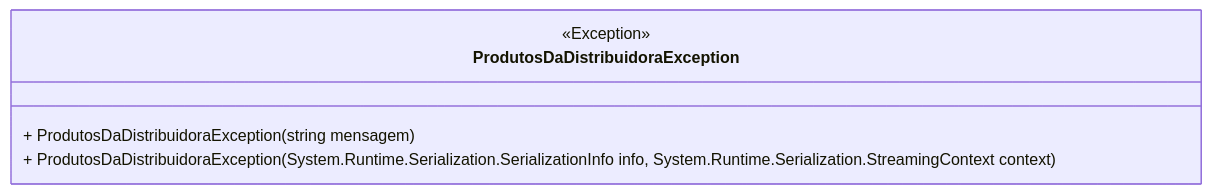
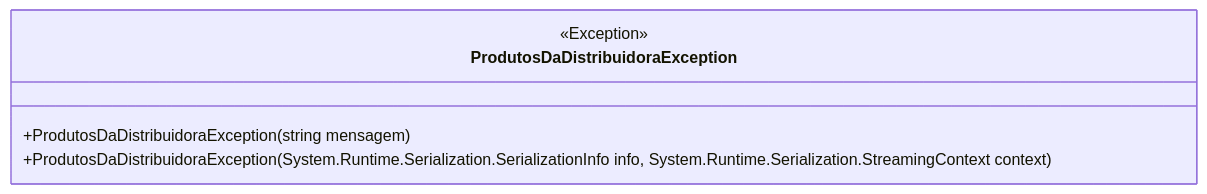
One commit to IsthmusSistemas/documentacao-tecnica changed the diagram in docs/b2b-dominio/IsthmusWinthor.Nucleo/IsthmusWinthor.Dominio/Exceptions/FTP/ProdutosDaDistribuidoraException.md. Above: the diagram before and after it, drawn with Mermaid. The commit also changed other lines of this file and 882 other files, not shown here.

````diff
--- a/docs/b2b-dominio/IsthmusWinthor.Nucleo/IsthmusWinthor.Dominio/Exceptions/FTP/ProdutosDaDistribuidoraException.md
+++ b/docs/b2b-dominio/IsthmusWinthor.Nucleo/IsthmusWinthor.Dominio/Exceptions/FTP/ProdutosDaDistribuidoraException.md
@@ -31,8 +24,8 @@
 ```mermaid
 classDiagram
     class ProdutosDaDistribuidoraException {
         <<Exception>>
-        + ProdutosDaDistribuidoraException(string mensagem)
-        + ProdutosDaDistribuidoraException(System.Runtime.Serialization.SerializationInfo info, System.Runtime.Serialization.StreamingContext context)
+        +ProdutosDaDistribuidoraException(string mensagem)
+        +ProdutosDaDistribuidoraException(System.Runtime.Serialization.SerializationInfo info, System.Runtime.Serialization.StreamingContext context)
     }
-```
+``` 
````
